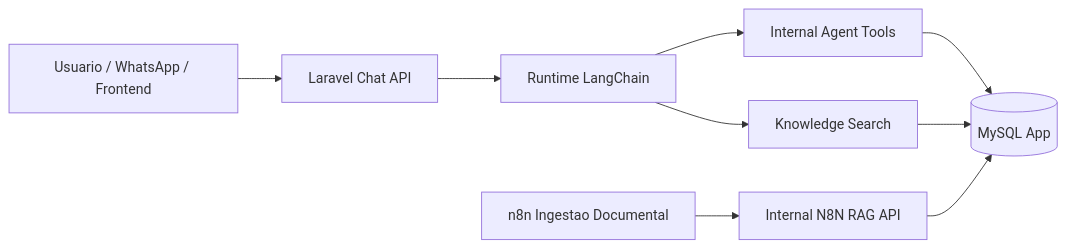
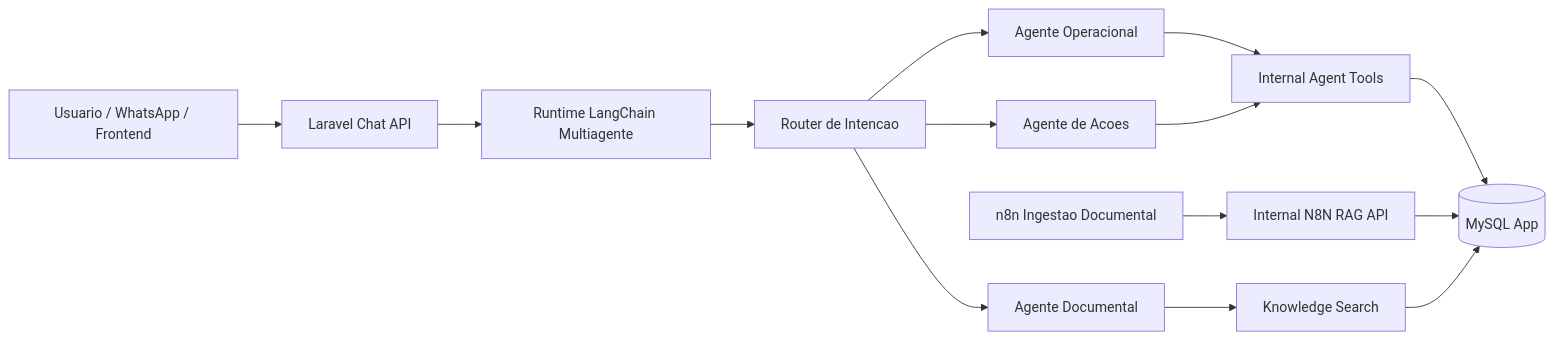
Before and after one commit to RenanPapalino/clinica-backend: the diagram in docs/arquitetura-chatbot-langchain-mysql.md, drawn with Mermaid. The commit also changed other lines of this file and 68 other files, not shown here.

````diff
--- a/docs/arquitetura-chatbot-langchain-mysql.md
+++ b/docs/arquitetura-chatbot-langchain-mysql.md
@@ -38,11 +38,16 @@
 ```mermaid
 flowchart LR
     U[Usuario / WhatsApp / Frontend] --> LARAVEL[Laravel Chat API]
-    LARAVEL --> LANGCHAIN[Runtime LangChain]
-    LANGCHAIN --> TOOLS[Internal Agent Tools]
+    LARAVEL --> LANGCHAIN[Runtime LangChain Multiagente]
+    LANGCHAIN --> ROUTER[Router de Intencao]
+    ROUTER --> OPS[Agente Operacional]
+    ROUTER --> DOCS[Agente Documental]
+    ROUTER --> ACTIONS[Agente de Acoes]
+    OPS --> TOOLS[Internal Agent Tools]
+    DOCS --> RAGTOOLS[Knowledge Search]
+    ACTIONS --> TOOLS
     TOOLS --> MYSQL[(MySQL App)]
     N8N[n8n Ingestao Documental] --> RAGAPI[Internal N8N RAG API]
     RAGAPI --> MYSQL
-    LANGCHAIN --> RAGTOOLS[Knowledge Search]
     RAGTOOLS --> MYSQL
 ```
````
